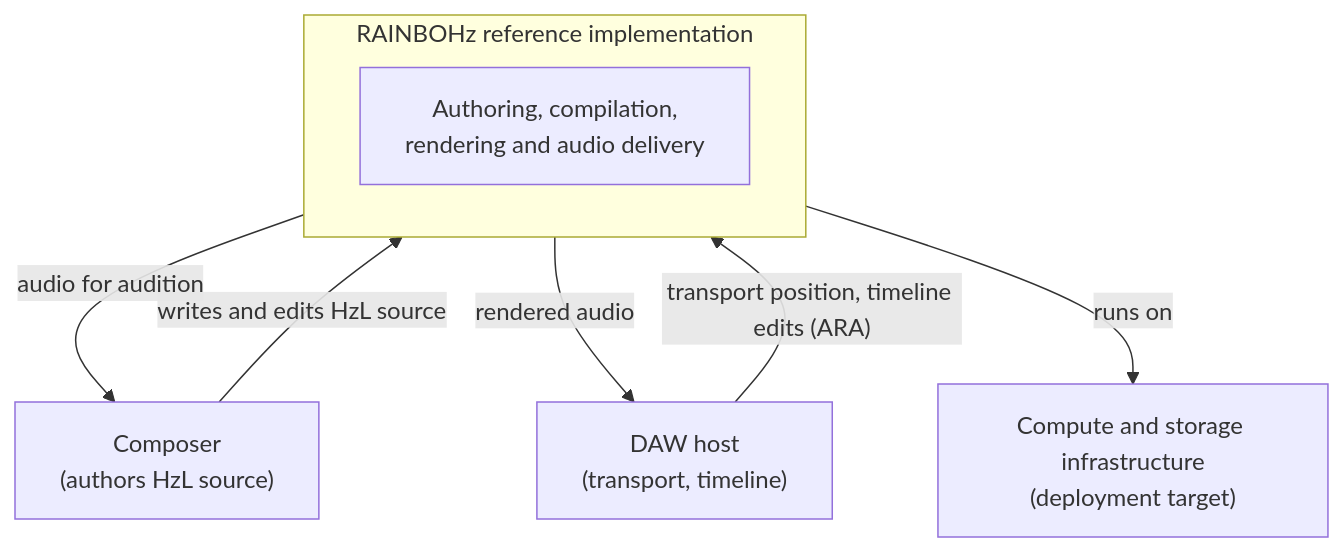
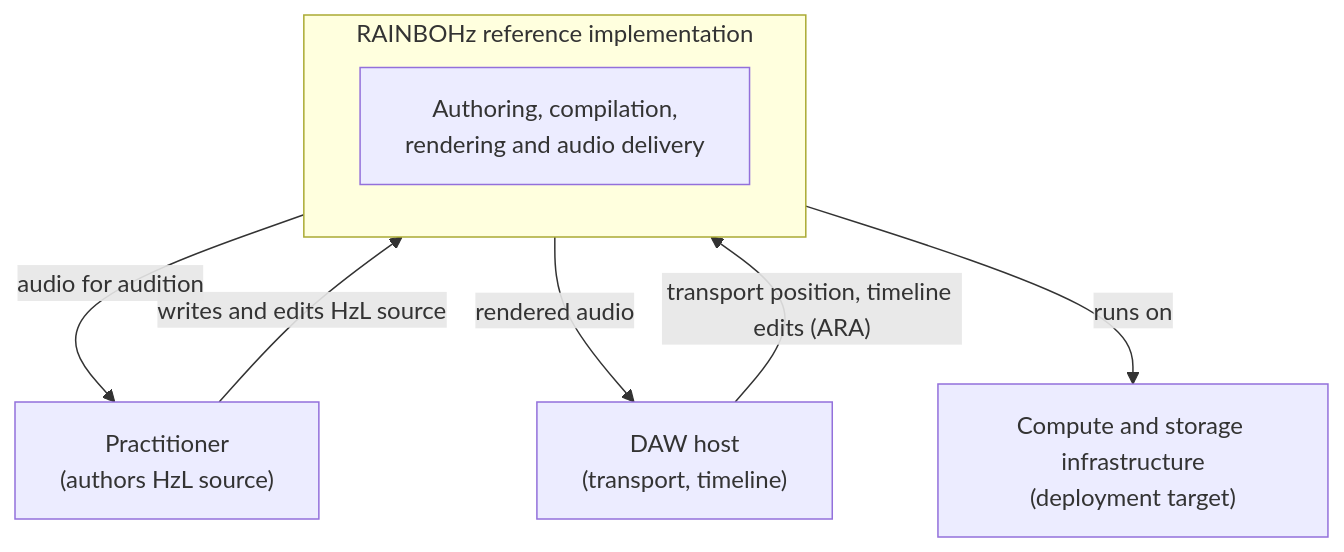
Before and after one commit to broadya/RAINBOHz: the diagram in architecture/01-system-context.mmd, drawn with Mermaid. The commit also changed 39 other files, not shown here.

```diff
--- a/architecture/01-system-context.mmd
+++ b/architecture/01-system-context.mmd
@@ -1,17 +1,17 @@
 %% RAINBOHz reference implementation - system context
 %% Referenced from: overview.md, section "System context"
 
 flowchart TB
-    composer["Composer<br/>(authors HzL source)"]
+    practitioner["Practitioner<br/>(authors HzL source)"]
     daw["DAW host<br/>(transport, timeline)"]
     infra["Compute and storage infrastructure<br/>(deployment target)"]
 
     subgraph rainbohz["RAINBOHz reference implementation"]
         core["Authoring, compilation,<br/>rendering and audio delivery"]
     end
 
-    composer -- "writes and edits HzL source" --> rainbohz
-    rainbohz -- "audio for audition" --> composer
+    practitioner -- "writes and edits HzL source" --> rainbohz
+    rainbohz -- "audio for audition" --> practitioner
     daw -- "transport position, timeline edits (ARA)" --> rainbohz
     rainbohz -- "rendered audio" --> daw
     rainbohz -- "runs on" --> infra
```
